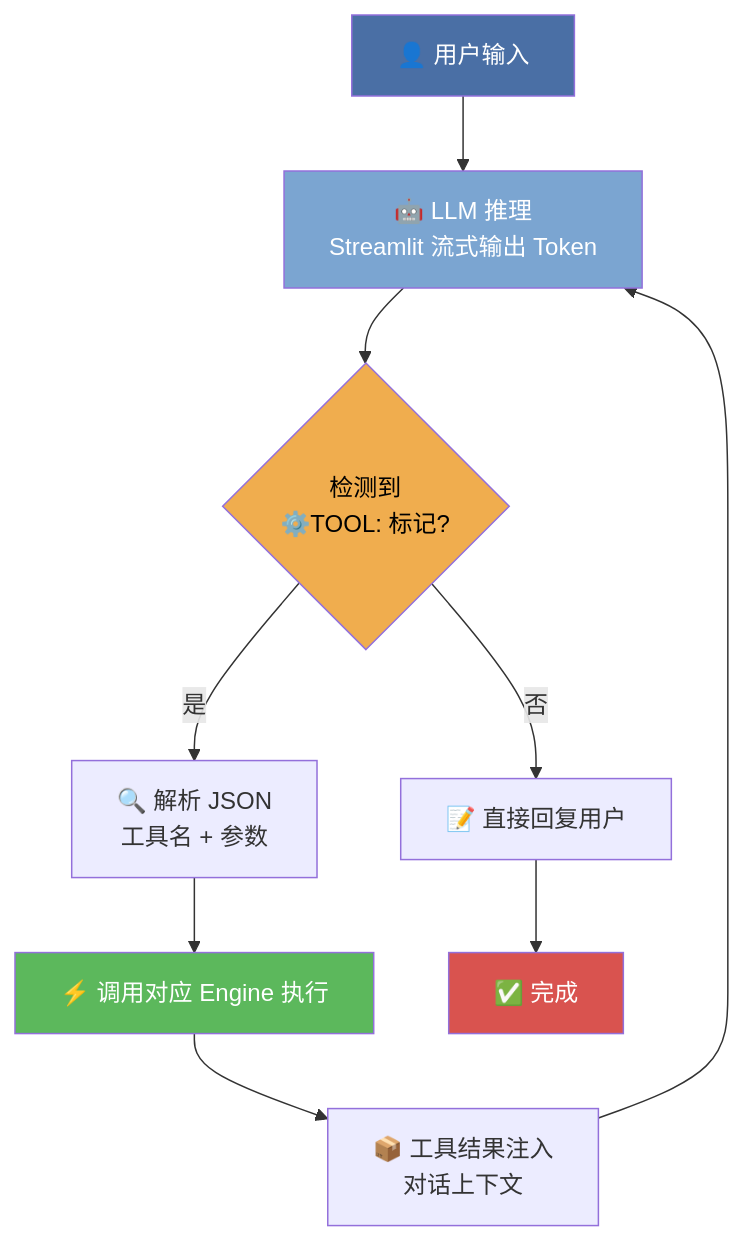
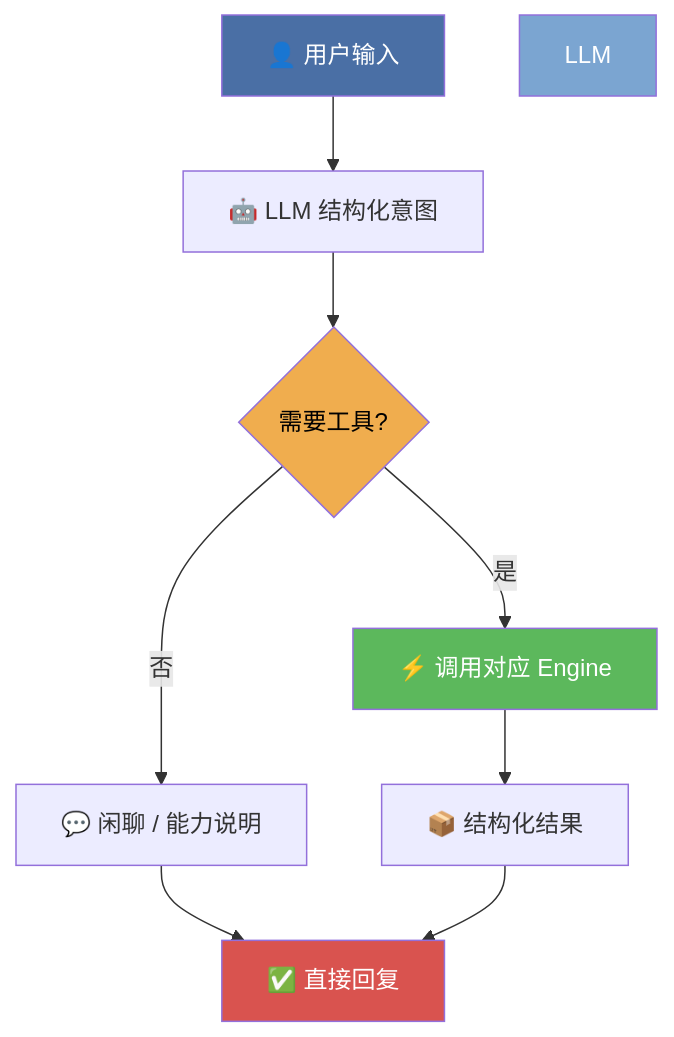
Before and after one commit to 1966547521/ai-doc-assistant: the first of 2 diagrams in README.md, drawn with Mermaid. The commit also changed other lines of this file and 60 other files, not shown here.

````diff
--- a/README.md
+++ b/README.md
@@ -32,21 +32,16 @@
 ```mermaid
 flowchart TD
-    U[👤 用户输入] --> LLM[🤖 LLM 推理
-Streamlit 流式输出 Token]
-    LLM --> CHECK{检测到
-⚙️TOOL: 标记?}
-    CHECK -->|否| REPLY[📝 直接回复用户]
-    CHECK -->|是| PARSE[🔍 解析 JSON
-工具名 + 参数]
-    PARSE --> EXEC[⚡ 调用对应 Engine 执行]
-    EXEC --> RESULT[📦 工具结果注入
-对话上下文]
-    RESULT --> LLM
-    REPLY --> DONE[✅ 完成]
+    U[👤 用户输入] --> ROUTE[🤖 LLM 结构化意图]
+    ROUTE --> CHECK{需要工具?}
+    CHECK -->|否| DIRECT[💬 闲聊 / 能力说明]
+    CHECK -->|是| EXEC[⚡ 调用对应 Engine]
+    EXEC --> RESULT[📦 结构化结果]
+    DIRECT --> DONE[✅ 直接回复]
+    RESULT --> DONE
 
     style U fill:#4a6fa5,color:#fff
     style LLM fill:#7ba5d1,color:#fff
     style CHECK fill:#f0ad4e,color:#000
     style EXEC fill:#5cb85c,color:#fff
     style DONE fill:#d9534f,color:#fff
 ```
````
